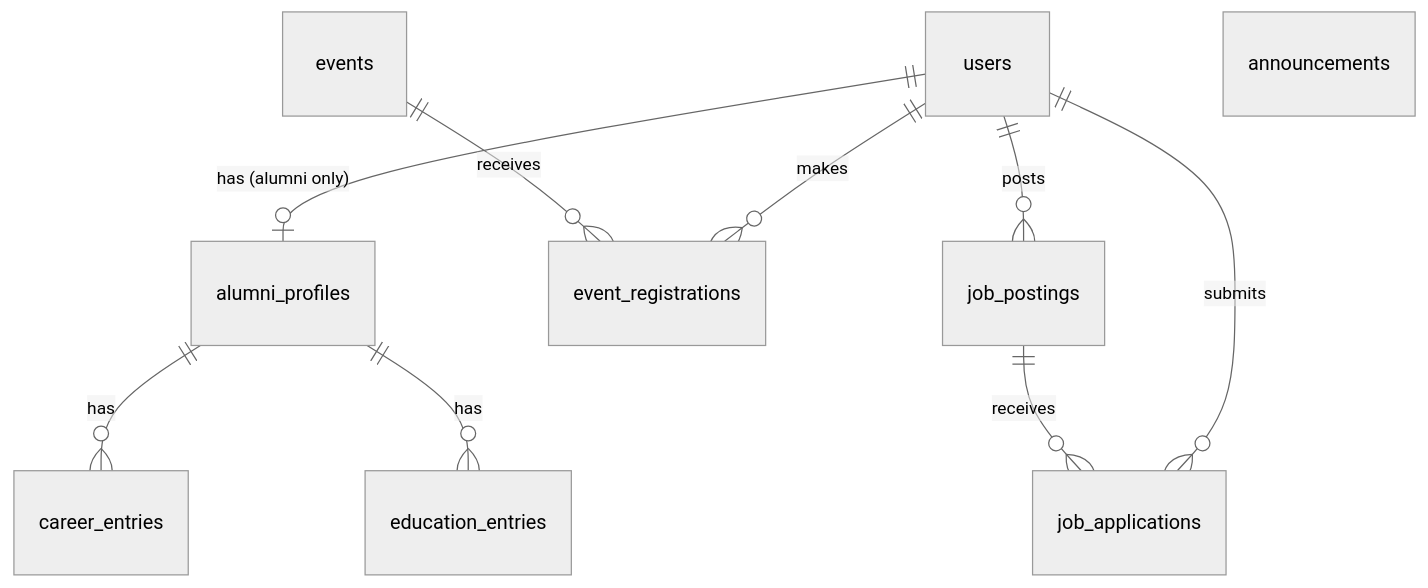
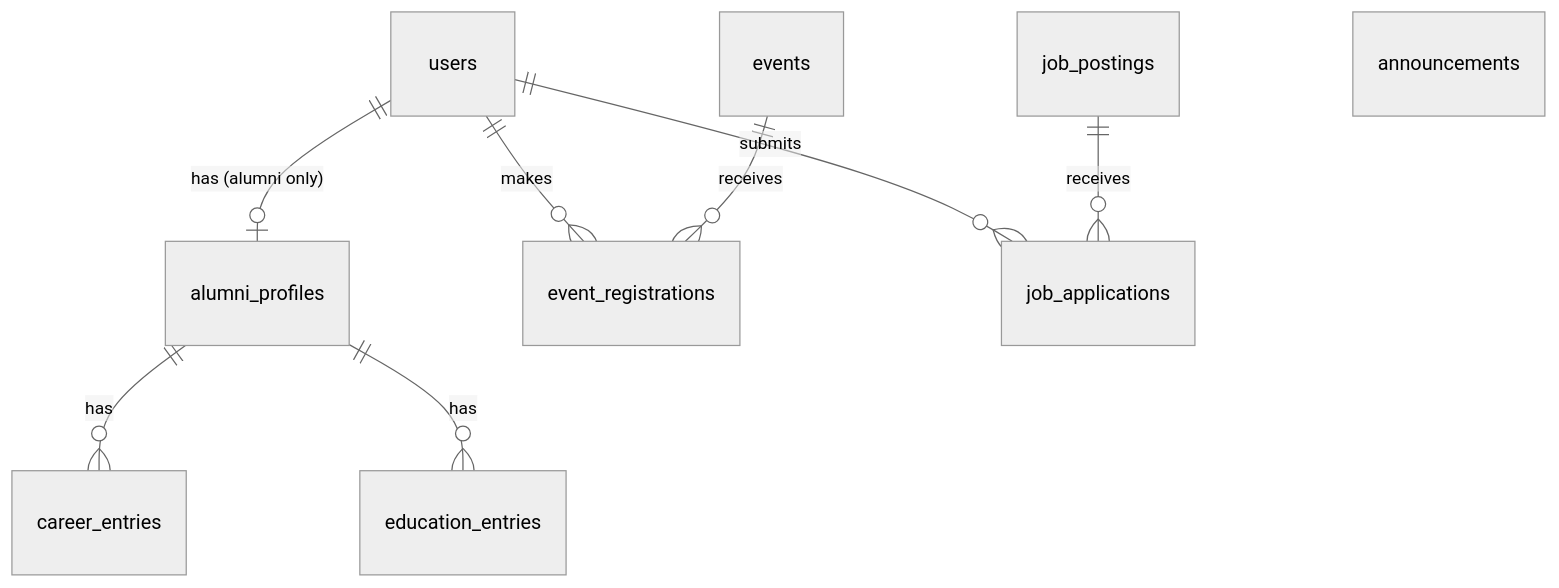
One commit to gulnihalarikaymak/alumni changed the diagram in DDD.md. Above: the diagram before and after it, drawn with Mermaid (neutral theme). The commit also changed other lines of this file and 16 other files, not shown here.

First line of the commit message:
refactor(job-postings)!: remove the users → job_postings relation

````diff
--- a/DDD.md
+++ b/DDD.md
@@ -42,12 +42,11 @@
 ```mermaid
 erDiagram
     users ||--o| alumni_profiles : "has (alumni only)"
     alumni_profiles ||--o{ career_entries : has
     alumni_profiles ||--o{ education_entries : has
     users ||--o{ event_registrations : makes
     events ||--o{ event_registrations : receives
-    users ||--o{ job_postings : posts
     users ||--o{ job_applications : submits
     job_postings ||--o{ job_applications : receives
     announcements
 ```
````
